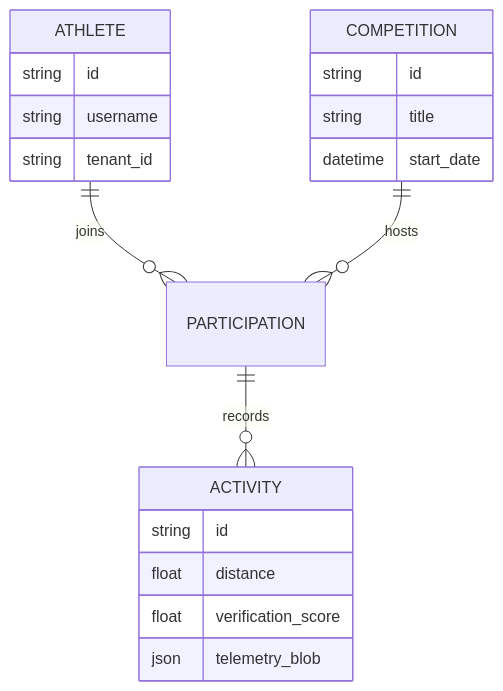
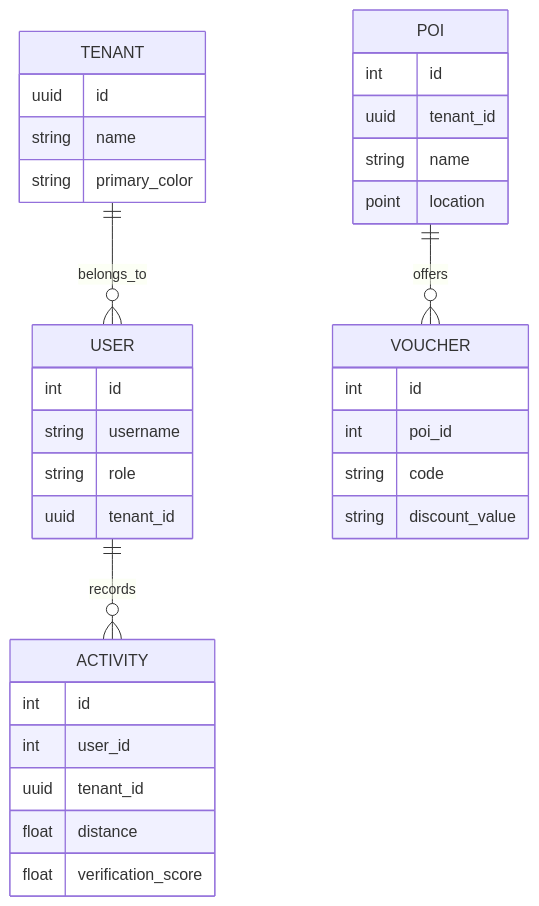
Before and after one commit to karnalooch/stunning-pancake: the third of 3 diagrams in docs/diagrams/architecture_c4.md, drawn with Mermaid. The commit also changed other lines of this file and 13 other files, not shown here.

````diff
--- a/docs/diagrams/architecture_c4.md
+++ b/docs/diagrams/architecture_c4.md
@@ -55,22 +50,36 @@
 ```mermaid
 erDiagram
-    ATHLETE ||--o{ PARTICIPATION : joins
-    ATHLETE {
-        string id
+    USER ||--o{ ACTIVITY : records
+    USER {
+        int id
         string username
-        string tenant_id
+        string role
+        uuid tenant_id
     }
-    COMPETITION ||--o{ PARTICIPATION : hosts
-    COMPETITION {
-        string id
-        string title
-        datetime start_date
+    TENANT ||--o{ USER : belongs_to
+    TENANT {
+        uuid id
+        string name
+        string primary_color
     }
-    PARTICIPATION ||--o{ ACTIVITY : records
     ACTIVITY {
-        string id
+        int id
+        int user_id
+        uuid tenant_id
         float distance
         float verification_score
-        json telemetry_blob
+    }
+    POI ||--o{ VOUCHER : offers
+    POI {
+        int id
+        uuid tenant_id
+        string name
+        point location
+    }
+    VOUCHER {
+        int id
+        int poi_id
+        string code
+        string discount_value
     }
 ```
````
